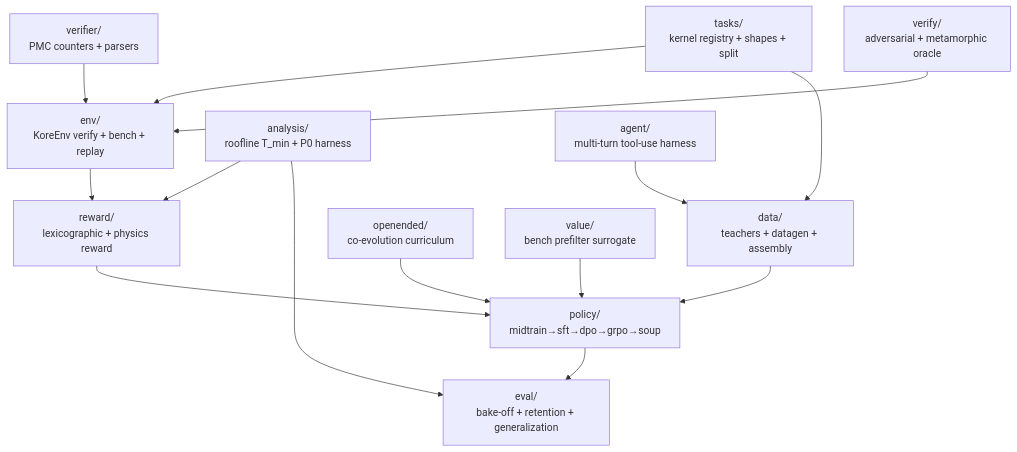
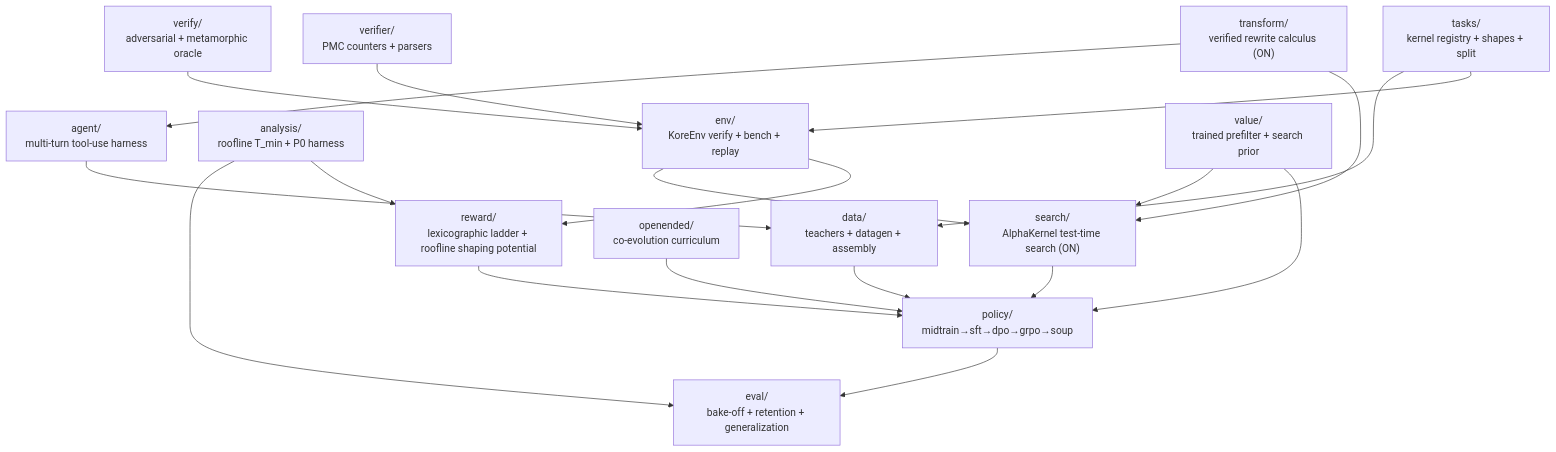
The diagram in kore/README.md (amd-shasriva/KORE), drawn with Mermaid before and after one commit. The commit also changed other lines of this file and 16 other files, not shown here.

````diff
--- a/kore/README.md
+++ b/kore/README.md
@@ -11,29 +13,36 @@
 ```mermaid
 flowchart TB
   tasks["tasks/<br/>kernel registry + shapes + split"]
   env["env/<br/>KoreEnv verify + bench + replay"]
   analysis["analysis/<br/>roofline T_min + P0 harness"]
-  reward["reward/<br/>lexicographic + physics reward"]
+  reward["reward/<br/>lexicographic ladder + roofline shaping potential"]
   verify["verify/<br/>adversarial + metamorphic oracle"]
   verifier["verifier/<br/>PMC counters + parsers"]
   data["data/<br/>teachers + datagen + assembly"]
   agent["agent/<br/>multi-turn tool-use harness"]
   openended["openended/<br/>co-evolution curriculum"]
   policy["policy/<br/>midtrain→sft→dpo→grpo→soup"]
-  value["value/<br/>bench prefilter surrogate"]
+  value["value/<br/>trained prefilter + search prior"]
   eval["eval/<br/>bake-off + retention + generalization"]
+  search["search/<br/>AlphaKernel test-time search (ON)"]
+  transform["transform/<br/>verified rewrite calculus (ON)"]
 
   tasks --> env
   env --> reward
   analysis --> reward
   verifier --> env
   verify --> env
   reward --> policy
   data --> policy
   agent --> data
   openended --> policy
   value --> policy
   tasks --> data
   policy --> eval
   analysis --> eval
+  transform --> search
+  transform --> agent
+  value --> search
+  env --> search
+  search --> policy
 ```
````
